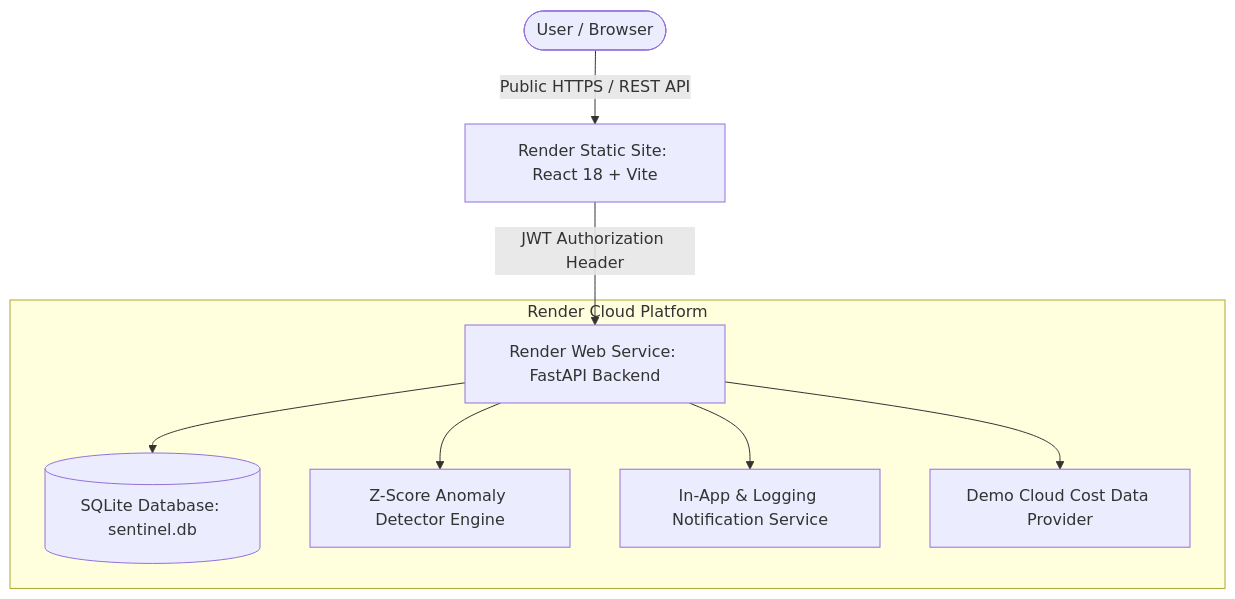
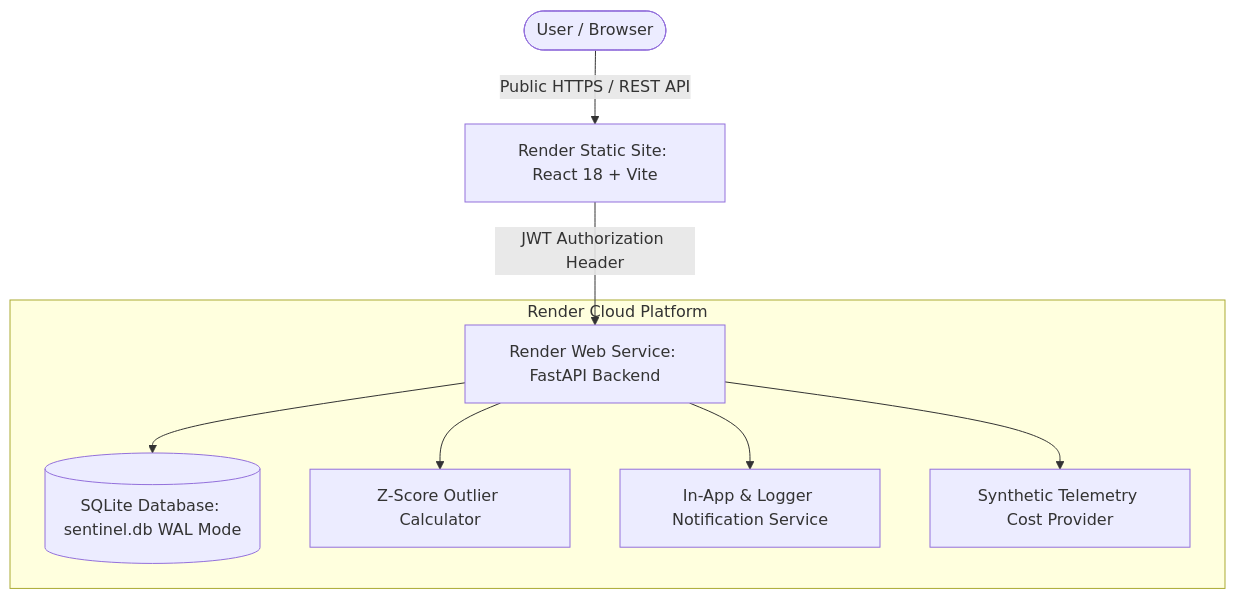
The diagram in docs/ARCHITECTURE.md (dinakardinakar165-debug/CloudWatch-Sentinel), drawn with Mermaid before and after one commit. The commit also changed other lines of this file and 22 other files, not shown here.

````diff
--- a/docs/ARCHITECTURE.md
+++ b/docs/ARCHITECTURE.md
@@ -9,12 +9,12 @@
 ```mermaid
 flowchart TD
   User([User / Browser]) -->|Public HTTPS / REST API| Frontend[Render Static Site: React 18 + Vite]
   Frontend -->|JWT Authorization Header| Backend[Render Web Service: FastAPI Backend]
   
   subgraph Render Cloud Platform
-    Backend --> DB[(SQLite Database: sentinel.db)]
-    Backend --> AnomalyEngine[Z-Score Anomaly Detector Engine]
-    Backend --> NotifEngine[In-App & Logging Notification Service]
-    Backend --> DemoProvider[Demo Cloud Cost Data Provider]
+    Backend --> DB[(SQLite Database: sentinel.db WAL Mode)]
+    Backend --> AnomalyEngine[Z-Score Outlier Calculator]
+    Backend --> NotifEngine[In-App & Logger Notification Service]
+    Backend --> DemoProvider[Synthetic Telemetry Cost Provider]
   end
 ```
````
